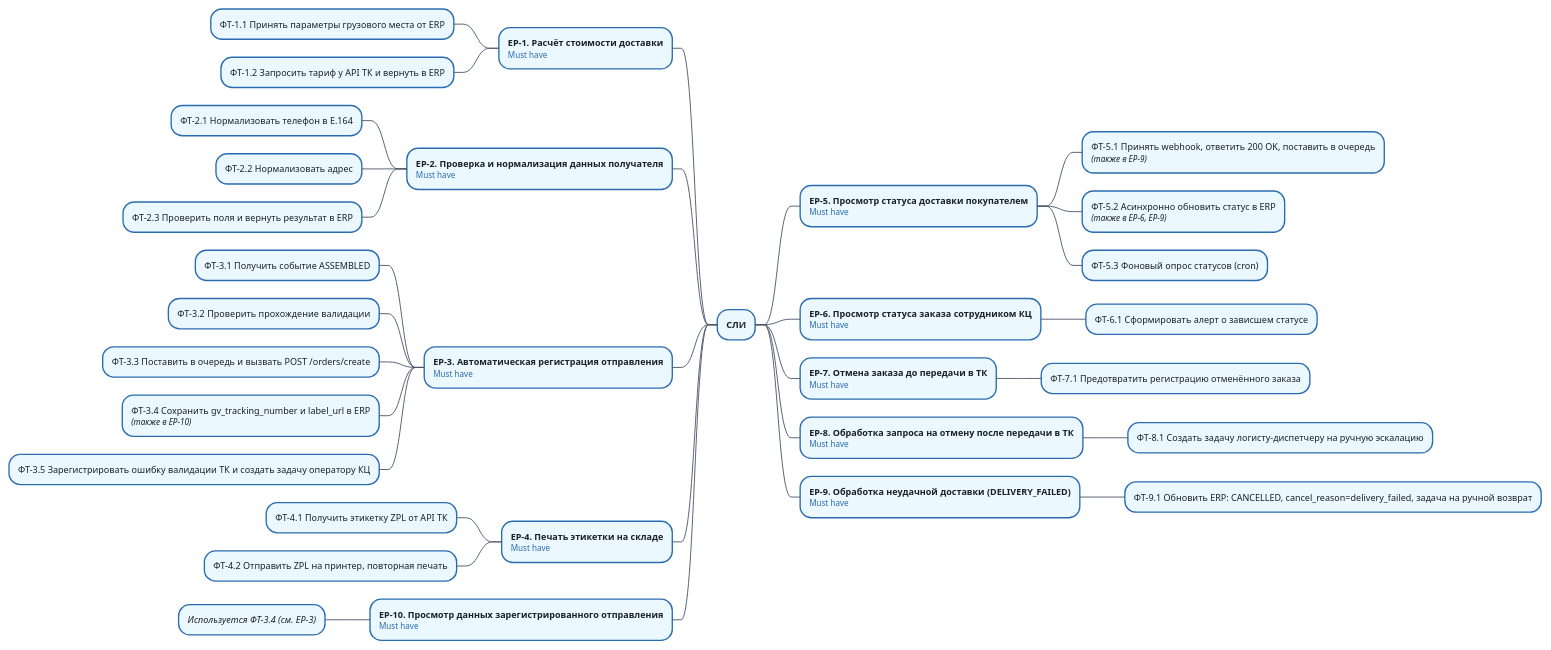
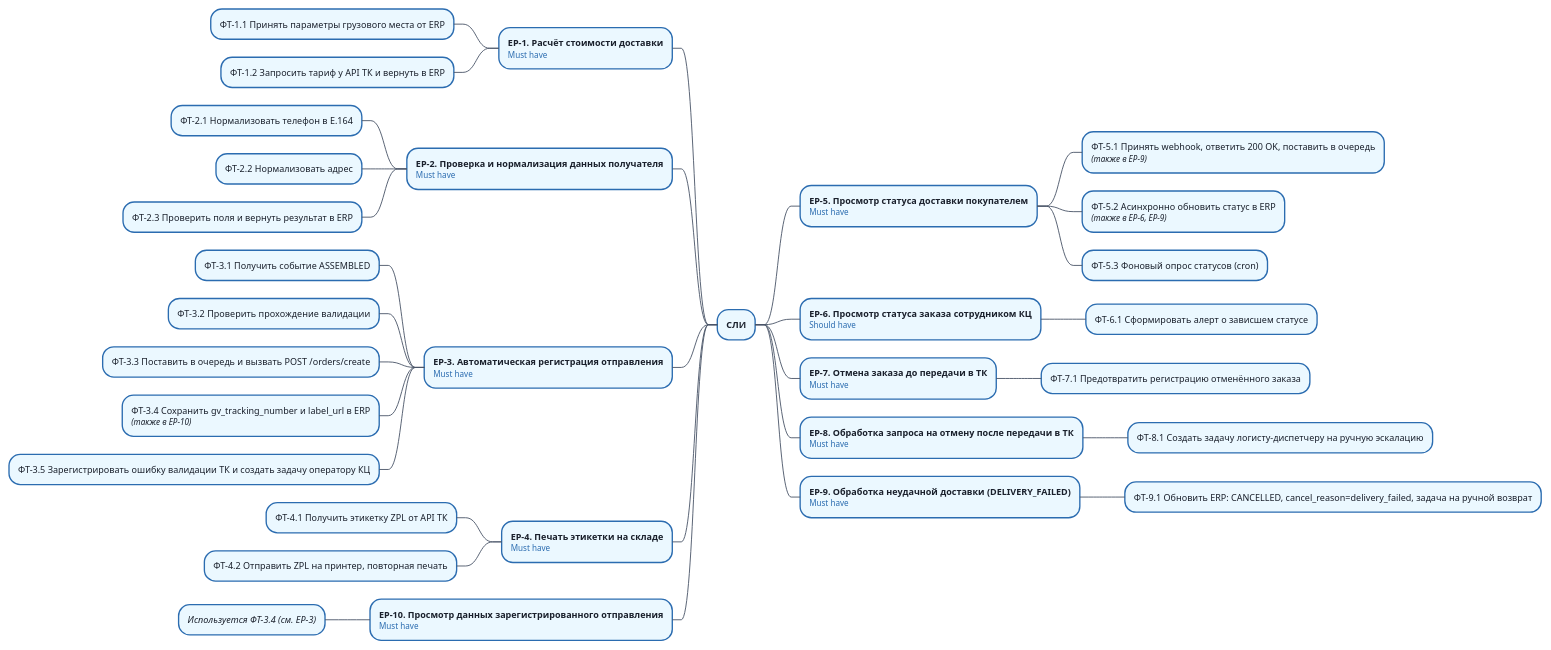
Before and after one commit to Fesenko1337/requirements-lab-01--variant-07---warehouse-: the diagram in variants/07 - Склад/Документ функциональных требований.md, drawn with PlantUML.

Commit message:
fix: исправлен приоритет для EP-6 в схеме

````diff
--- a/variants/07 - Склад/Документ функциональных требований.md
+++ b/variants/07 - Склад/Документ функциональных требований.md
@@ -376,58 +376,58 @@
 ```plantuml
 @startmindmap
 skinparam shadowing false
 skinparam backgroundColor #FFFFFF
 skinparam defaultFontName "Segoe UI"
 skinparam defaultFontSize 10
 
 <style>
 mindmapDiagram {
   node {
     BackgroundColor #EBF8FF
     LineColor #2B6CB0
     FontColor #1A202C
   }
   arrow {
     LineColor #4A5568
   }
 }
 </style>
 
 * **СЛИ**
 
 left side
 ** **EP-1. Расчёт стоимости доставки**\n<size:9><color:#2B6CB0>Must have</color></size>
 *** ФТ-1.1 Принять параметры грузового места от ERP
 *** ФТ-1.2 Запросить тариф у API ТК и вернуть в ERP
 ** **EP-2. Проверка и нормализация данных получателя**\n<size:9><color:#2B6CB0>Must have</color></size>
 *** ФТ-2.1 Нормализовать телефон в E.164
 *** ФТ-2.2 Нормализовать адрес
 *** ФТ-2.3 Проверить поля и вернуть результат в ERP
 ** **EP-3. Автоматическая регистрация отправления**\n<size:9><color:#2B6CB0>Must have</color></size>
 *** ФТ-3.1 Получить событие ASSEMBLED
 *** ФТ-3.2 Проверить прохождение валидации
 *** ФТ-3.3 Поставить в очередь и вызвать POST /orders/create
 *** ФТ-3.4 Сохранить gv_tracking_number и label_url в ERP\n<size:9><i>(также в EP-10)</i></size>
 *** ФТ-3.5 Зарегистрировать ошибку валидации ТК и создать задачу оператору КЦ
 ** **EP-4. Печать этикетки на складе**\n<size:9><color:#2B6CB0>Must have</color></size>
 *** ФТ-4.1 Получить этикетку ZPL от API ТК
 *** ФТ-4.2 Отправить ZPL на принтер, повторная печать
 ** **EP-10. Просмотр данных зарегистрированного отправления**\n<size:9><color:#2B6CB0>Must have</color></size>
 *** <i>Используется ФТ-3.4 (см. EP-3)</i>
 
 right side
 ** **EP-5. Просмотр статуса доставки покупателем**\n<size:9><color:#2B6CB0>Must have</color></size>
 *** ФТ-5.1 Принять webhook, ответить 200 OK, поставить в очередь\n<size:9><i>(также в EP-9)</i></size>
 *** ФТ-5.2 Асинхронно обновить статус в ERP\n<size:9><i>(также в EP-6, EP-9)</i></size>
 *** ФТ-5.3 Фоновый опрос статусов (cron)
-** **EP-6. Просмотр статуса заказа сотрудником КЦ**\n<size:9><color:#2B6CB0>Must have</color></size>
+** **EP-6. Просмотр статуса заказа сотрудником КЦ**\n<size:9><color:#2B6CB0>Should have</color></size>
 *** ФТ-6.1 Сформировать алерт о зависшем статусе
 ** **EP-7. Отмена заказа до передачи в ТК**\n<size:9><color:#2B6CB0>Must have</color></size>
 *** ФТ-7.1 Предотвратить регистрацию отменённого заказа
 ** **EP-8. Обработка запроса на отмену после передачи в ТК**\n<size:9><color:#2B6CB0>Must have</color></size>
 *** ФТ-8.1 Создать задачу логисту-диспетчеру на ручную эскалацию
 ** **EP-9. Обработка неудачной доставки (DELIVERY_FAILED)**\n<size:9><color:#2B6CB0>Must have</color></size>
 *** ФТ-9.1 Обновить ERP: CANCELLED, cancel_reason=delivery_failed, задача на ручной возврат
 
 @endmindmap
 ```
````
